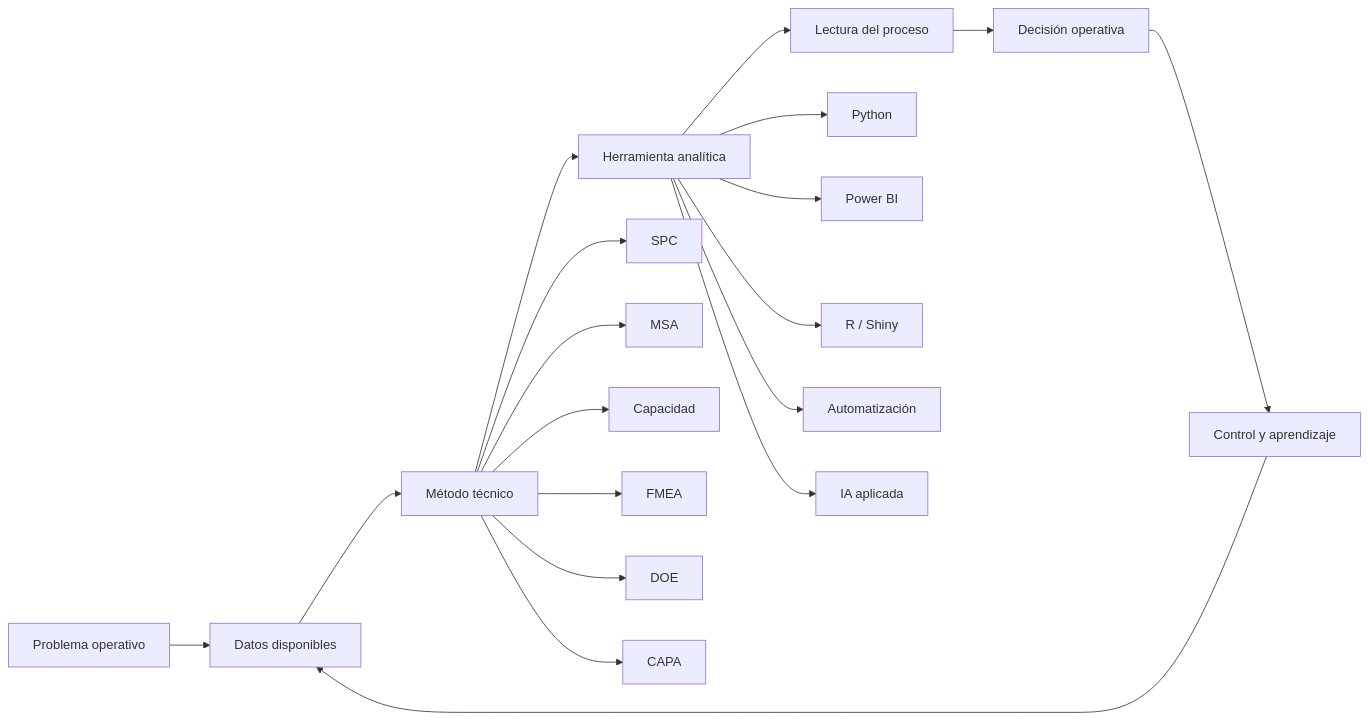
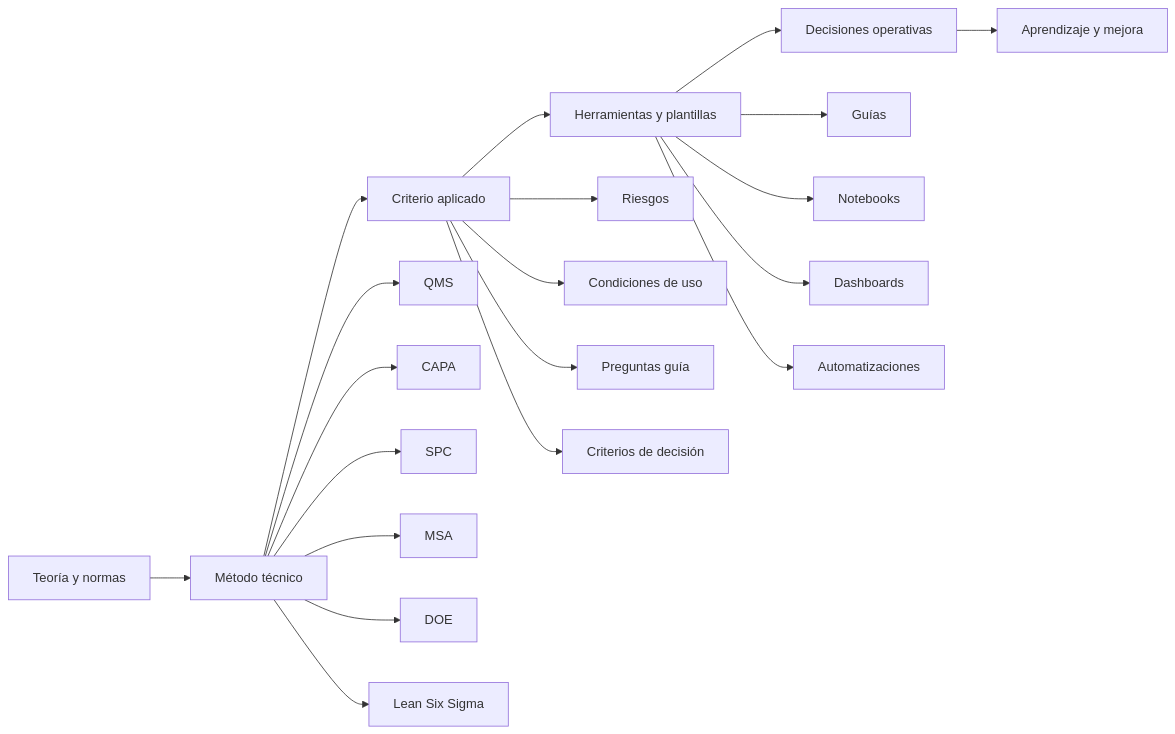
Before and after one commit to fjgonzalezmgt/fjgonzalezmgt: the first of 4 diagrams in README.md, drawn with Mermaid. The commit also changed other lines of this file, not shown here.

````diff
--- a/README.md
+++ b/README.md
@@ -29,23 +21,25 @@
 ```mermaid
 flowchart LR
-    A[Problema operativo] --> B[Datos disponibles]
-    B --> C[Método técnico]
-    C --> D[Herramienta analítica]
-    D --> E[Lectura del proceso]
-    E --> F[Decisión operativa]
-    F --> G[Control y aprendizaje]
-    G --> B
+    A[Teoría y normas] --> B[Método técnico]
+    B --> C[Criterio aplicado]
+    C --> D[Herramientas y plantillas]
+    D --> E[Decisiones operativas]
+    E --> F[Aprendizaje y mejora]
 
-    C --> C1[SPC]
-    C --> C2[MSA]
-    C --> C3[Capacidad]
-    C --> C4[FMEA]
-    C --> C5[DOE]
-    C --> C6[CAPA]
+    B --> B1[QMS]
+    B --> B2[CAPA]
+    B --> B3[SPC]
+    B --> B4[MSA]
+    B --> B5[DOE]
+    B --> B6[Lean Six Sigma]
 
-    D --> D1[Python]
-    D --> D2[Power BI]
-    D --> D3[R / Shiny]
-    D --> D4[Automatización]
-    D --> D5[IA aplicada]
+    C --> C1[Riesgos]
+    C --> C2[Condiciones de uso]
+    C --> C3[Preguntas guía]
+    C --> C4[Criterios de decisión]
+
+    D --> D1[Guías]
+    D --> D2[Notebooks]
+    D --> D3[Dashboards]
+    D --> D4[Automatizaciones]
 ```
````
